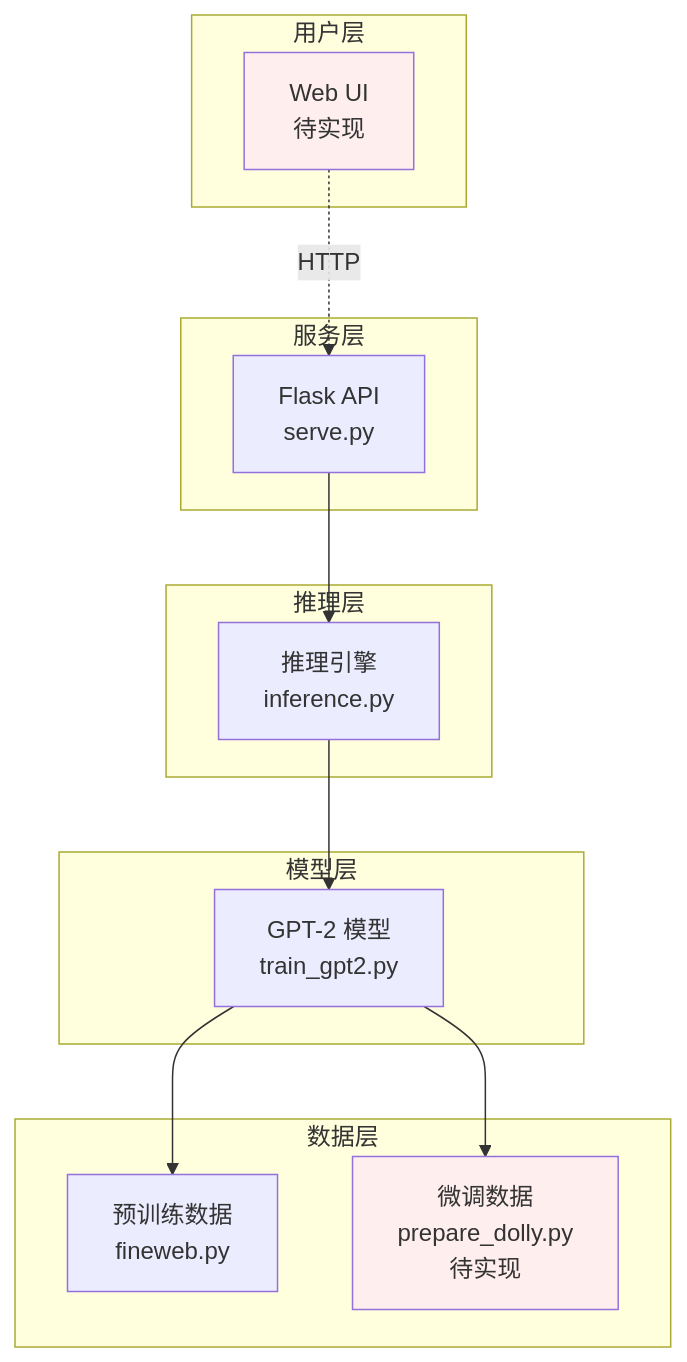
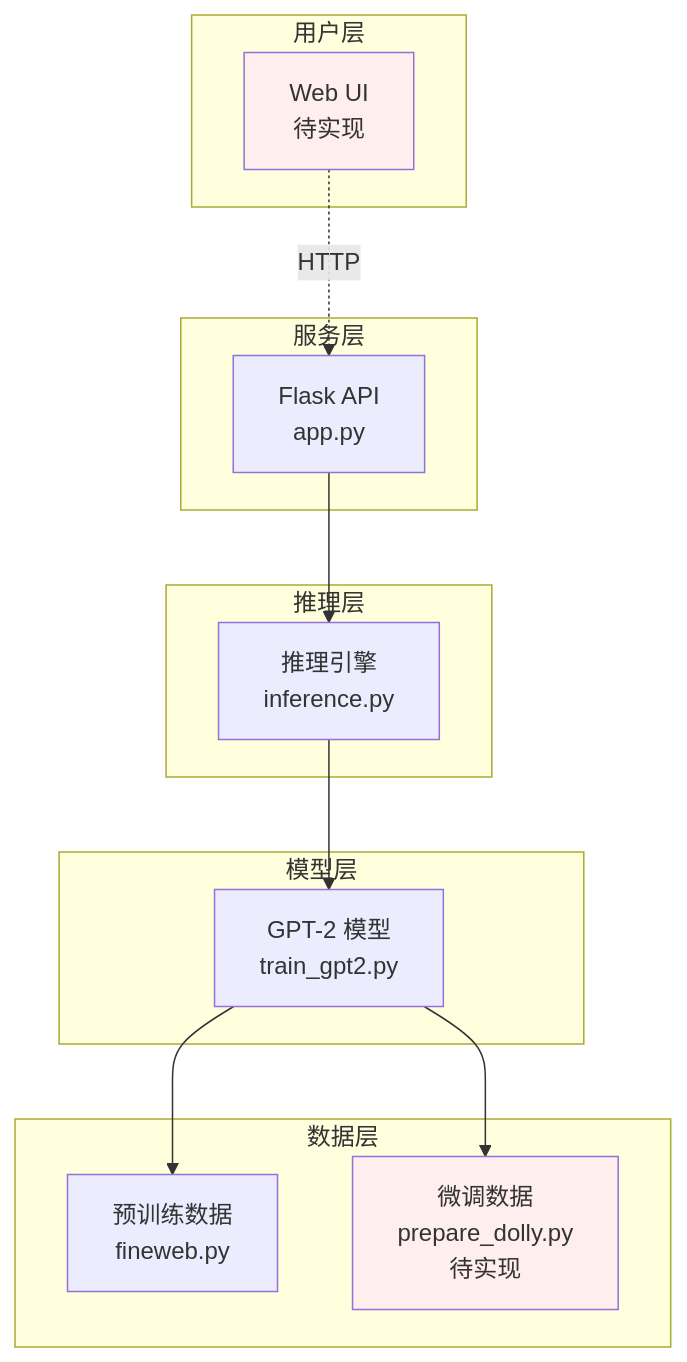
The first of 3 diagrams in docs/ARCHITECTURE.md (CeciliaGuo331/nano-gpt), drawn with Mermaid before and after one commit. The commit also changed other lines of this file and 11 other files, not shown here.

````diff
--- a/docs/ARCHITECTURE.md
+++ b/docs/ARCHITECTURE.md
@@ -5,32 +5,32 @@
 ```mermaid
 graph TB
     subgraph "用户层"
         A[Web UI<br/>待实现]
     end
     
     subgraph "服务层"
-        B[Flask API<br/>serve.py]
+        B[Flask API<br/>app.py]
     end
     
     subgraph "推理层"
         C[推理引擎<br/>inference.py]
     end
     
     subgraph "模型层"
         D[GPT-2 模型<br/>train_gpt2.py]
     end
     
     subgraph "数据层"
         E1[预训练数据<br/>fineweb.py]
         E2[微调数据<br/>prepare_dolly.py<br/>待实现]
     end
     
     A -.->|HTTP| B
     B --> C
     C --> D
     D --> E1
     D --> E2
     
     style A fill:#fee
     style E2 fill:#fee
 ```
````
